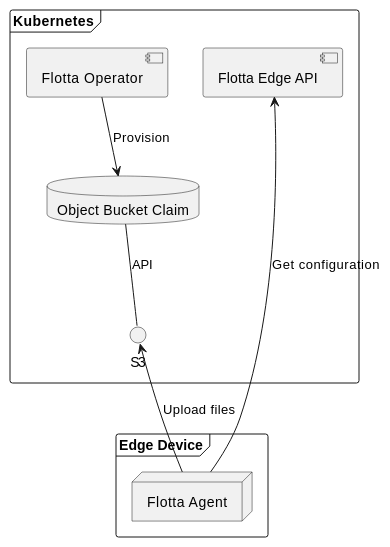
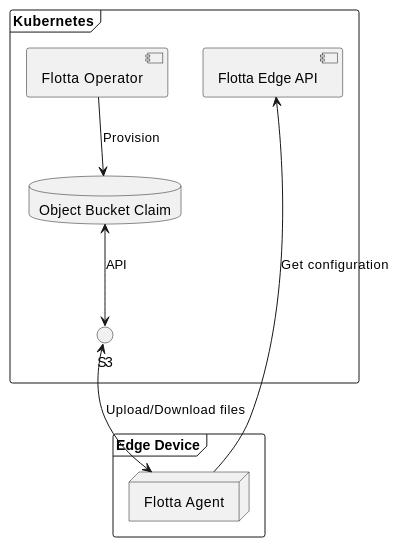
The diagram in documentation/latest/operations/data_synchronization.md (project-flotta/project-flotta.github.io), drawn with PlantUML before and after one commit. The commit also changed 2 other files, not shown here.

Commit message:
Updated plantuml code in data_synchronization.md and removed old uml and png files

```diff
--- a/documentation/latest/operations/data_synchronization.md
+++ b/documentation/latest/operations/data_synchronization.md
@@ -14,23 +14,23 @@
 {% plantuml %}
 @startuml
 
 frame Kubernetes {
     component "Flotta Operator" as operator
     component "Flotta Edge API" as edgeAPI
     database "Object Bucket Claim" as buckets
     interface S3
 }
 
 frame "Edge Device" {
     node "Flotta Agent" as deviceAgent
 }
 
-buckets -down- S3: API
-deviceAgent --> S3: Upload files
+buckets <--> S3: API
+deviceAgent <--> S3: Upload/Download files
 deviceAgent -up---> edgeAPI : Get configuration
 
 operator --> buckets: Provision
 
 @enduml
 
 {% endplantuml %}
```
